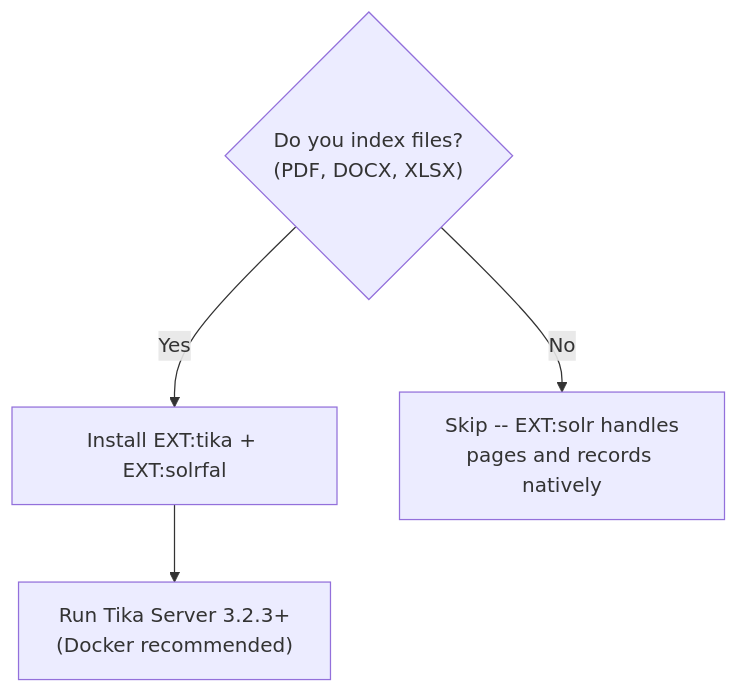
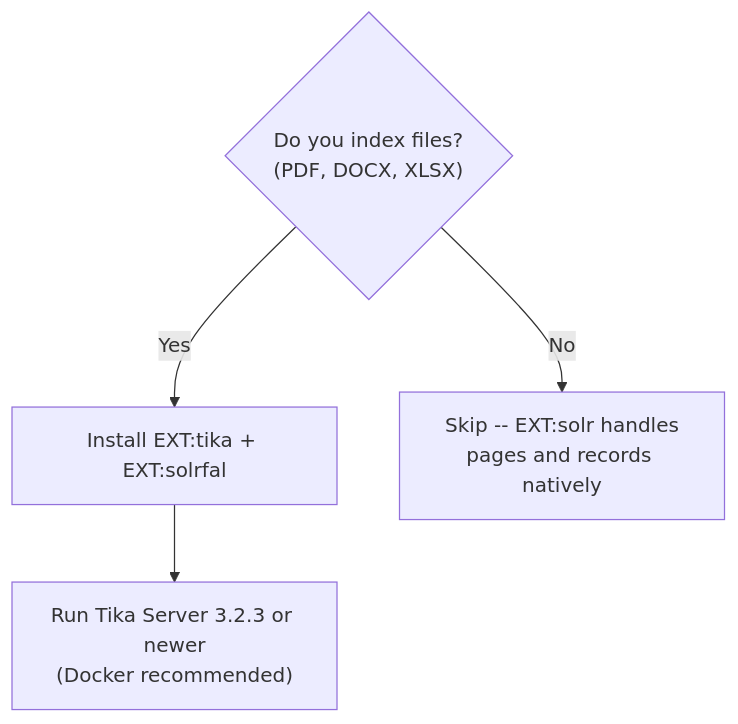
Before and after one commit to dirnbauer/typo3-skills: the third of 3 diagrams in skills/typo3-solr/SKILL.md, drawn with Mermaid. The commit also changed other lines of this file and 195 other files, not shown here.

````diff
--- a/skills/typo3-solr/SKILL.md
+++ b/skills/typo3-solr/SKILL.md
@@ -312,7 +312,7 @@
 ```mermaid
 graph TD
     Question{"Do you index files?<br/>(PDF, DOCX, XLSX)"}
     Question -->|Yes| NeedTika[Install EXT:tika + EXT:solrfal]
     Question -->|No| SkipTika[Skip -- EXT:solr handles<br/>pages and records natively]
-    NeedTika --> TikaServer["Run Tika Server 3.2.3+<br/>(Docker recommended)"]
+    NeedTika --> TikaServer["Run Tika Server 3.2.3 or newer<br/>(Docker recommended)"]
 ```
````
